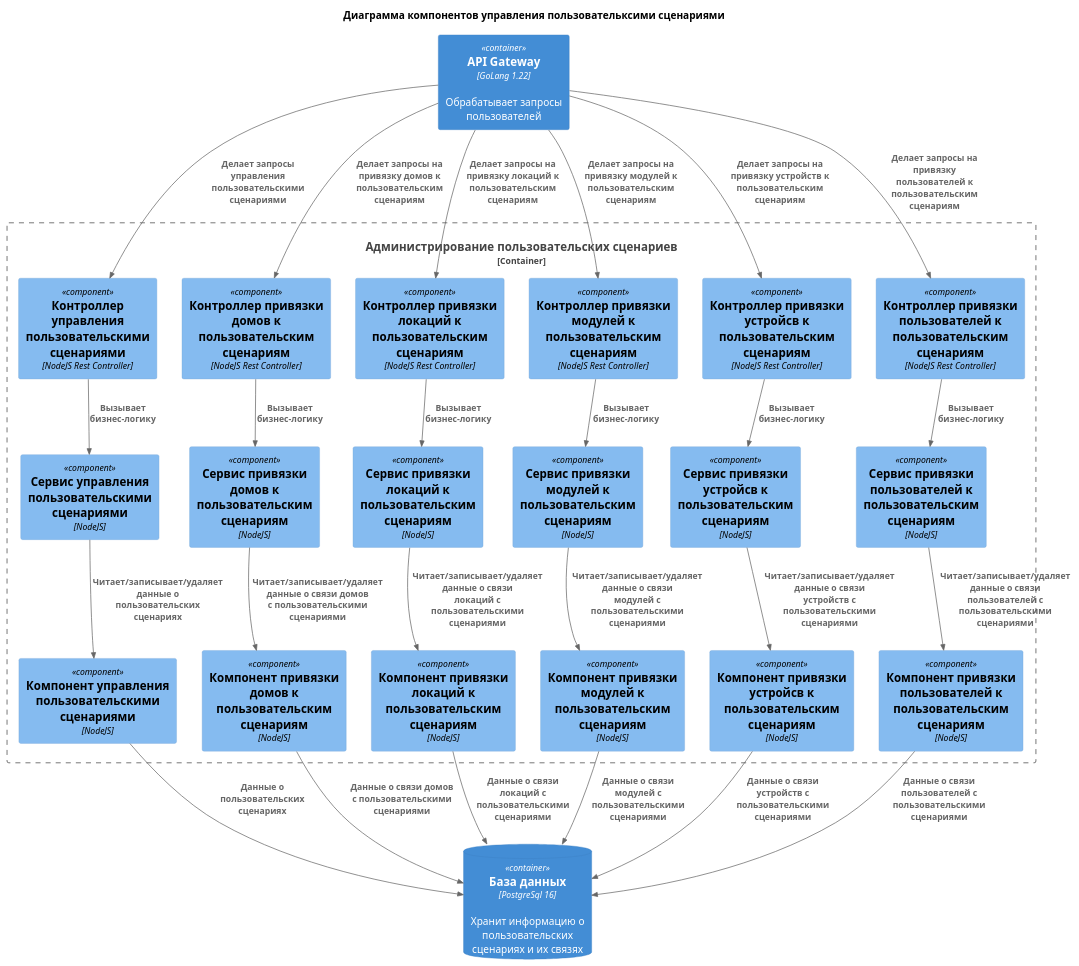
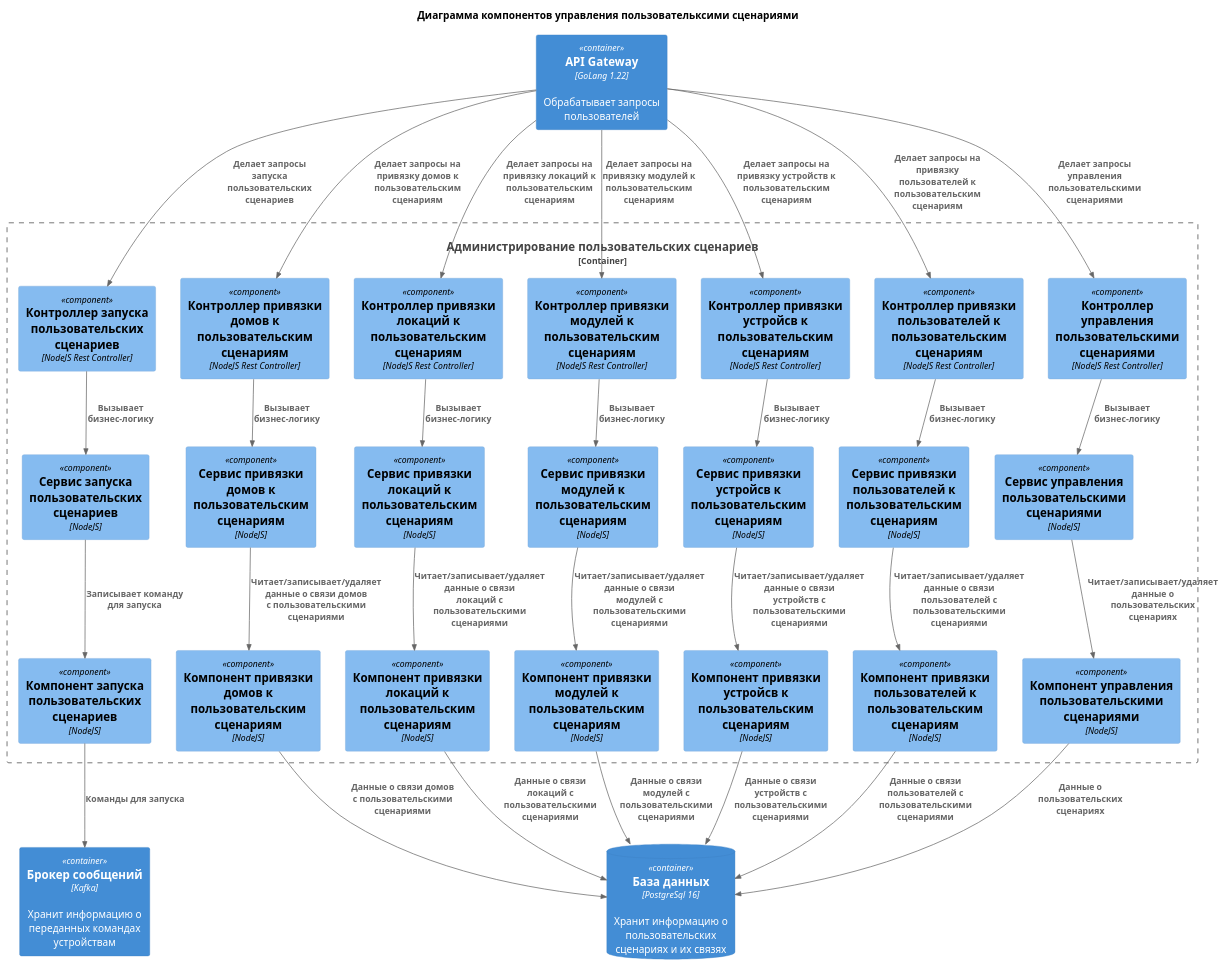
One commit to xSparKIx/architecture-pro-warmhouse changed the diagram in diagrams/components/Scenarios.puml. Above: the diagram before and after it, drawn with PlantUML. The commit also changed 29 other files, not shown here.

```diff
--- a/diagrams/components/Scenarios.puml
+++ b/diagrams/components/Scenarios.puml
@@ -1,79 +1,91 @@
 @startuml Scenarios component diagram
 title Диаграмма компонентов управления пользовательксими сценариями
 
 !include ../templates/C4_Component.puml
 
 ' Внешние сущности
 Container(APIGateway, "API Gateway", "GoLang 1.22", "Обрабатывает запросы пользователей")
 ContainerDb(db, "База данных", "PostgreSql 16", "Хранит информацию о пользовательских сценариях и их связях")
+Container(broker, "Брокер сообщений", "Kafka", "Хранит информацию о переданных командах устройствам")
 
 ' Контейнер администрирования пользователей
 Container_Boundary(ScenariosContainer, "Администрирование пользовательских сценариев") {
     ' Управление пользовательскими сценариями
     Component(ScenariosController, "Контроллер управления пользовательскими сценариями", "NodeJS Rest Controller")
     Component(ScenariosService, "Сервис управления пользовательскими сценариями", "NodeJS")
     Component(ScenariosComponent, "Компонент управления пользовательскими сценариями", "NodeJS")
+
+    ' Запуск пользовательских сценариев
+    Component(ScenariosRunController, "Контроллер запуска пользовательских сценариев", "NodeJS Rest Controller")
+    Component(ScenariosRunService, "Сервис запуска пользовательских сценариев", "NodeJS")
+    Component(ScenariosRunComponent, "Компонент запуска пользовательских сценариев", "NodeJS")
 
     ' Привязка домов к пользовательским сценариям
     Component(HousesConnectController, "Контроллер привязки домов к пользовательским сценариям", "NodeJS Rest Controller")
     Component(HousesConnectService, "Сервис привязки домов к пользовательским сценариям", "NodeJS")
     Component(HousesConnectComponent, "Компонент привязки домов к пользовательским сценариям", "NodeJS")
 
     ' Привязка локаций к пользовательским сценариям
     Component(LocationsConnectController, "Контроллер привязки локаций к пользовательским сценариям", "NodeJS Rest Controller")
     Component(LocationsConnectService, "Сервис привязки локаций к пользовательским сценариям", "NodeJS")
     Component(LocationsConnectComponent, "Компонент привязки локаций к пользовательским сценариям", "NodeJS")
 
     ' Привязка модулей к пользовательским сценариям
     Component(ModulesConnectController, "Контроллер привязки модулей к пользовательским сценариям", "NodeJS Rest Controller")
     Component(ModulesConnectService, "Сервис привязки модулей к пользовательским сценариям", "NodeJS")
     Component(ModulesConnectComponent, "Компонент привязки модулей к пользовательским сценариям", "NodeJS")
 
     ' Привязка устройсв к пользовательским сценариям
     Component(DevicesConnectController, "Контроллер привязки устройсв к пользовательским сценариям", "NodeJS Rest Controller")
     Component(DevicesConnectService, "Сервис привязки устройсв к пользовательским сценариям", "NodeJS")
     Component(DevicesConnectComponent, "Компонент привязки устройсв к пользовательским сценариям", "NodeJS")
 
     ' Привязка пользователей к пользовательским сценариям
     Component(UsersConnectController, "Контроллер привязки пользователей к пользовательским сценариям", "NodeJS Rest Controller")
     Component(UsersConnectService, "Сервис привязки пользователей к пользовательским сценариям", "NodeJS")
     Component(UsersConnectComponent, "Компонент привязки пользователей к пользовательским сценариям", "NodeJS")
 }
 
 ' Связи управления пользовательскими сценариями
 Rel(APIGateway, ScenariosController, "Делает запросы управления пользовательскими сценариями")
 Rel(ScenariosController, ScenariosService, "Вызывает бизнес-логику")
 Rel(ScenariosService, ScenariosComponent, "Читает/записывает/удаляет данные о пользовательских сценариях")
 Rel(ScenariosComponent, db, "Данные о пользовательских сценариях")
 
+' Связи запуска пользовательских сценариев
+Rel(APIGateway, ScenariosRunController, "Делает запросы запуска пользовательских сценариев")
+Rel(ScenariosRunController, ScenariosRunService, "Вызывает бизнес-логику")
+Rel(ScenariosRunService, ScenariosRunComponent, "Записывает команду для запуска")
+Rel(ScenariosRunComponent, broker, "Команды для запуска")
+
 ' Связи привязки домов к пользовательским сценариям
 Rel(APIGateway, HousesConnectController, "Делает запросы на привязку домов к пользовательским сценариям")
 Rel(HousesConnectController, HousesConnectService, "Вызывает бизнес-логику")
 Rel(HousesConnectService, HousesConnectComponent, "Читает/записывает/удаляет данные о связи домов с пользовательскими сценариями")
 Rel(HousesConnectComponent, db, "Данные о связи домов с пользовательскими сценариями")
 
 ' Связи привязки локаций к пользовательским сценариям
 Rel(APIGateway, LocationsConnectController, "Делает запросы на привязку локаций к пользовательским сценариям")
 Rel(LocationsConnectController, LocationsConnectService, "Вызывает бизнес-логику")
 Rel(LocationsConnectService, LocationsConnectComponent, "Читает/записывает/удаляет данные о связи локаций с пользовательскими сценариями")
 Rel(LocationsConnectComponent, db, "Данные о связи локаций с пользовательскими сценариями")
 
 ' Связи привязки модулей к пользовательским сценариям
 Rel(APIGateway, ModulesConnectController, "Делает запросы на привязку модулей к пользовательским сценариям")
 Rel(ModulesConnectController, ModulesConnectService, "Вызывает бизнес-логику")
 Rel(ModulesConnectService, ModulesConnectComponent, "Читает/записывает/удаляет данные о связи модулей с пользовательскими сценариями")
 Rel(ModulesConnectComponent, db, "Данные о связи модулей с пользовательскими сценариями")
 
 ' Связи привязки устройств к пользовательским сценариям
 Rel(APIGateway, DevicesConnectController, "Делает запросы на привязку устройств к пользовательским сценариям")
 Rel(DevicesConnectController, DevicesConnectService, "Вызывает бизнес-логику")
 Rel(DevicesConnectService, DevicesConnectComponent, "Читает/записывает/удаляет данные о связи устройств с пользовательскими сценариями")
 Rel(DevicesConnectComponent, db, "Данные о связи устройств с пользовательскими сценариями")
 
 ' Связи привязки пользователей к пользовательским сценариям
 Rel(APIGateway, UsersConnectController, "Делает запросы на привязку пользователей к пользовательским сценариям")
 Rel(UsersConnectController, UsersConnectService, "Вызывает бизнес-логику")
 Rel(UsersConnectService, UsersConnectComponent, "Читает/записывает/удаляет данные о связи пользователей с пользовательскими сценариями")
 Rel(UsersConnectComponent, db, "Данные о связи пользователей с пользовательскими сценариями")
 
 @endmul
```
